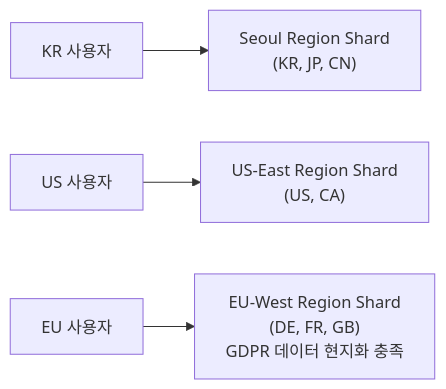
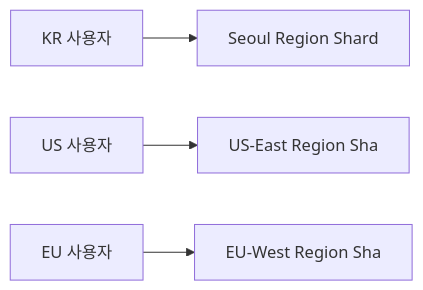
Before and after one commit to yjkim2015/yjkim2015.github.io: the eighth of 13 diagrams in _posts/db/2026-05-01-db-sharding.md, drawn with Mermaid. The commit also changed other lines of this file and 271 other files, not shown here.

First line of the commit message:
Mermaid 라벨 축소: 긴 노드 텍스트 18자 이하로 트림 + \n 제거

````diff
--- a/_posts/db/2026-05-01-db-sharding.md
+++ b/_posts/db/2026-05-01-db-sharding.md
@@ -167,6 +167,6 @@
 ```mermaid
 graph LR
-    U1["KR 사용자"] --> SR["Seoul Region Shard\n(KR, JP, CN)"]
-    U2["US 사용자"] --> UR["US-East Region Shard\n(US, CA)"]
-    U3["EU 사용자"] --> ER["EU-West Region Shard\n(DE, FR, GB)\nGDPR 데이터 현지화 충족"]
+    U1["KR 사용자"] --> SR["Seoul Region Shard"]
+    U2["US 사용자"] --> UR["US-East Region Sha"]
+    U3["EU 사용자"] --> ER["EU-West Region Sha"]
 ```
````
